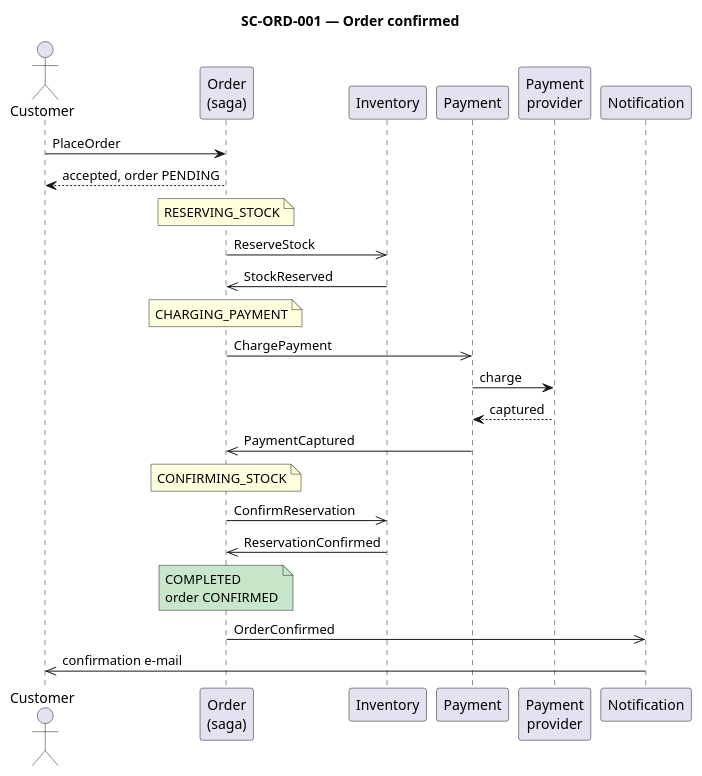
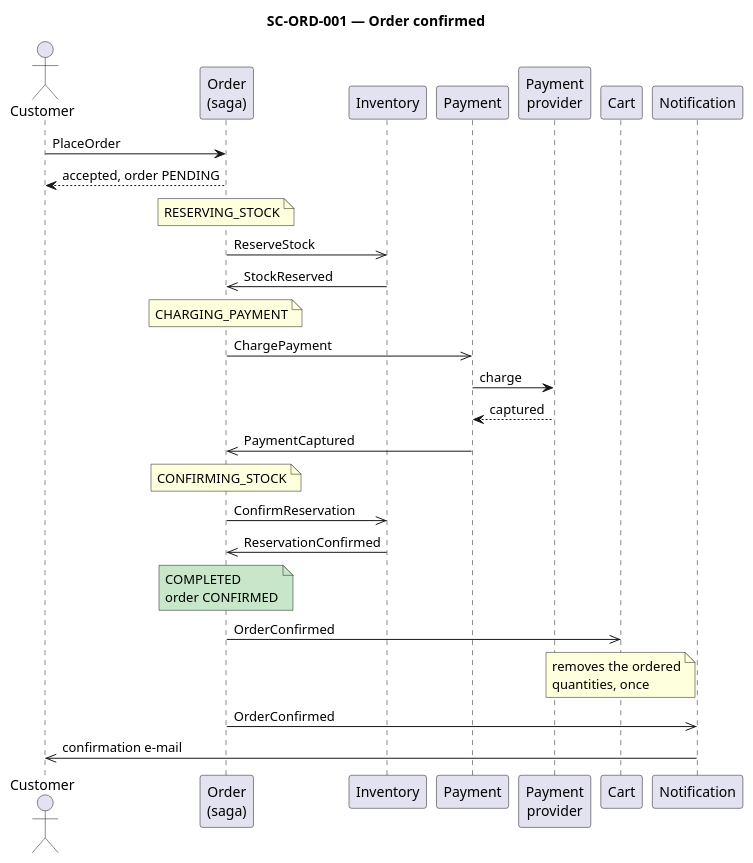
The diagram in doc/2-spec/03-event-driven-architecture/diagrams/sc-ord-001.puml (AxeloLabs/alten-commerce-platform), drawn with PlantUML before and after one commit. The commit also changed 40 other files, not shown here.

```diff
--- a/doc/2-spec/03-event-driven-architecture/diagrams/sc-ord-001.puml
+++ b/doc/2-spec/03-event-driven-architecture/diagrams/sc-ord-001.puml
@@ -1,26 +1,29 @@
 @startuml
 title SC-ORD-001 — Order confirmed
 actor Customer as C
 participant "Order\n(saga)" as O
 participant "Inventory" as I
 participant "Payment" as P
 participant "Payment\nprovider" as PSP
+participant "Cart" as K
 participant "Notification" as N
 
 C -> O : PlaceOrder
 O --> C : accepted, order PENDING
 note over O : RESERVING_STOCK
 O ->> I : ReserveStock
 I ->> O : StockReserved
 note over O : CHARGING_PAYMENT
 O ->> P : ChargePayment
 P -> PSP : charge
 PSP --> P : captured
 P ->> O : PaymentCaptured
 note over O : CONFIRMING_STOCK
 O ->> I : ConfirmReservation
 I ->> O : ReservationConfirmed
 note over O #C8E6C9 : COMPLETED\norder CONFIRMED
+O ->> K : OrderConfirmed
+note over K : removes the ordered\nquantities, once
 O ->> N : OrderConfirmed
 N ->> C : confirmation e-mail
 @enduml
```
